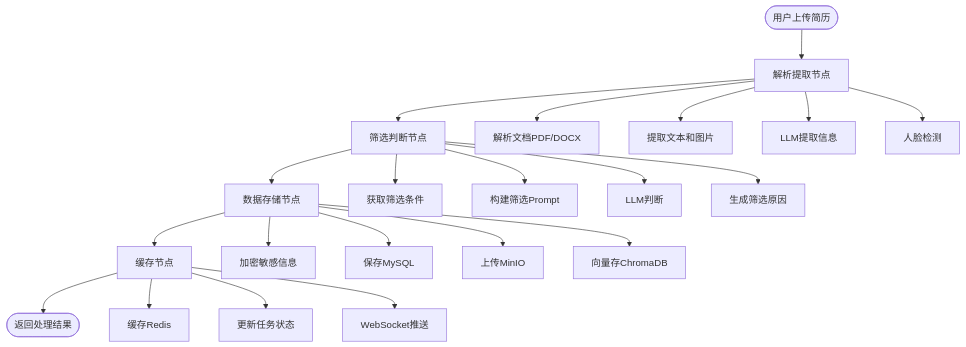
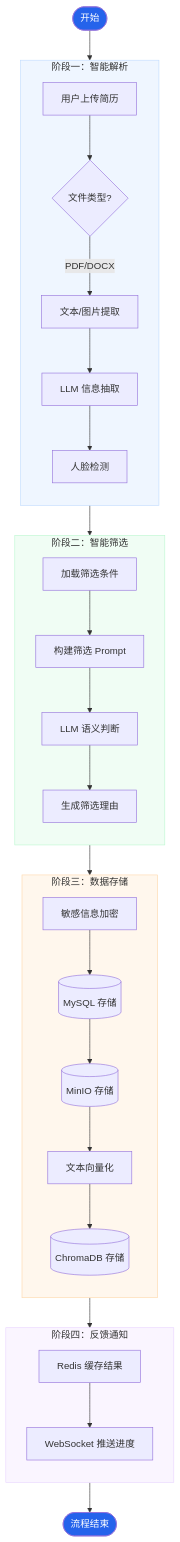
The sixth of 11 diagrams in README.md (xt765/ResumeScreening), drawn with Mermaid before and after one commit. The commit also changed other lines of this file and 5 other files, not shown here.

Commit message:
refactor: remove similarity score and update documentation diagrams

````diff
--- a/README.md
+++ b/README.md
@@ -252,27 +264,44 @@
 ```mermaid
-graph TB
-    A([用户上传简历]) --> B[解析提取节点]
-    B --> C[筛选判断节点]
-    C --> D[数据存储节点]
-    D --> E[缓存节点]
-    E --> F([返回处理结果])
+graph TD
+    Start([开始]) --> Upload[用户上传简历]
     
-    B --> B1[解析文档PDF/DOCX]
-    B --> B2[提取文本和图片]
-    B --> B3[LLM提取信息]
-    B --> B4[人脸检测]
+    subgraph P1 [阶段一：智能解析]
+        direction TB
+        Upload --> Parse{文件类型?}
+        Parse -->|PDF/DOCX| Extract[文本/图片提取]
+        Extract --> LLM1[LLM 信息抽取]
+        LLM1 --> Face[人脸检测]
+    end
     
-    C --> C1[获取筛选条件]
-    C --> C2[构建筛选Prompt]
-    C --> C3[LLM判断]
-    C --> C4[生成筛选原因]
+    subgraph P2 [阶段二：智能筛选]
+        direction TB
+        Face --> Cond[加载筛选条件]
+        Cond --> Prompt[构建筛选 Prompt]
+        Prompt --> LLM2[LLM 语义判断]
+        LLM2 --> Reason[生成筛选理由]
+    end
     
-    D --> D1[加密敏感信息]
-    D --> D2[保存MySQL]
-    D --> D3[上传MinIO]
-    D --> D4[向量存ChromaDB]
+    subgraph P3 [阶段三：数据存储]
+        direction TB
+        Reason --> Encrypt[敏感信息加密]
+        Encrypt --> SaveDB[(MySQL 存储)]
+        SaveDB --> SaveOSS[(MinIO 存储)]
+        SaveOSS --> Embed[文本向量化]
+        Embed --> SaveVec[(ChromaDB 存储)]
+    end
     
-    E --> E1[缓存Redis]
-    E --> E2[更新任务状态]
-    E --> E3[WebSocket推送]
+    subgraph P4 [阶段四：反馈通知]
+        direction TB
+        SaveVec --> Cache[Redis 缓存结果]
+        Cache --> Notify[WebSocket 推送进度]
+    end
+
+    Notify --> End([流程结束])
+
+    style Start fill:#2563eb,color:#fff
+    style End fill:#2563eb,color:#fff
+    style P1 fill:#eff6ff,stroke:#bfdbfe
+    style P2 fill:#f0fdf4,stroke:#bbf7d0
+    style P3 fill:#fff7ed,stroke:#fed7aa
+    style P4 fill:#faf5ff,stroke:#e9d5ff
 ```
````
